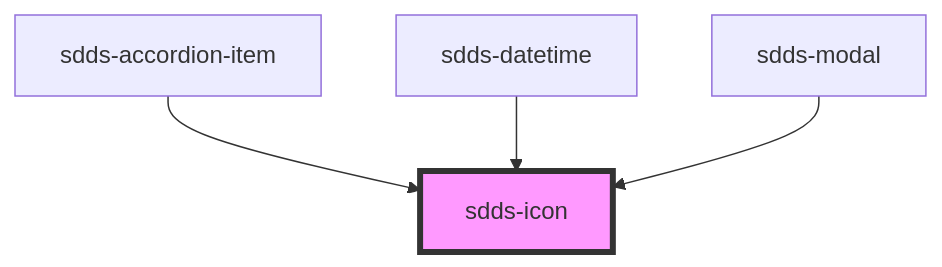
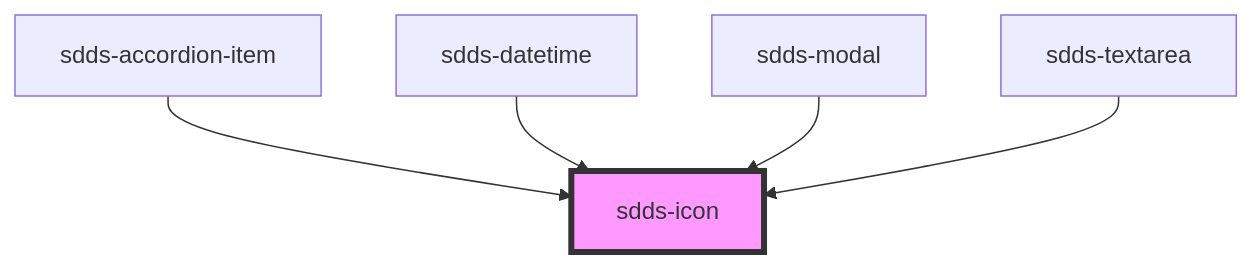
One commit to scania-digital-design-system/sdds changed the diagram in tegel/src/components/icon/readme.md. Above: the diagram before and after it, drawn with Mermaid. The commit also changed other lines of this file and 5 other files, not shown here.

````diff
--- a/tegel/src/components/icon/readme.md
+++ b/tegel/src/components/icon/readme.md
@@ -23,7 +24,8 @@
 ```mermaid
 graph TD;
   sdds-accordion-item --> sdds-icon
   sdds-datetime --> sdds-icon
   sdds-modal --> sdds-icon
+  sdds-textarea --> sdds-icon
   style sdds-icon fill:#f9f,stroke:#333,stroke-width:4px
 ```
````
